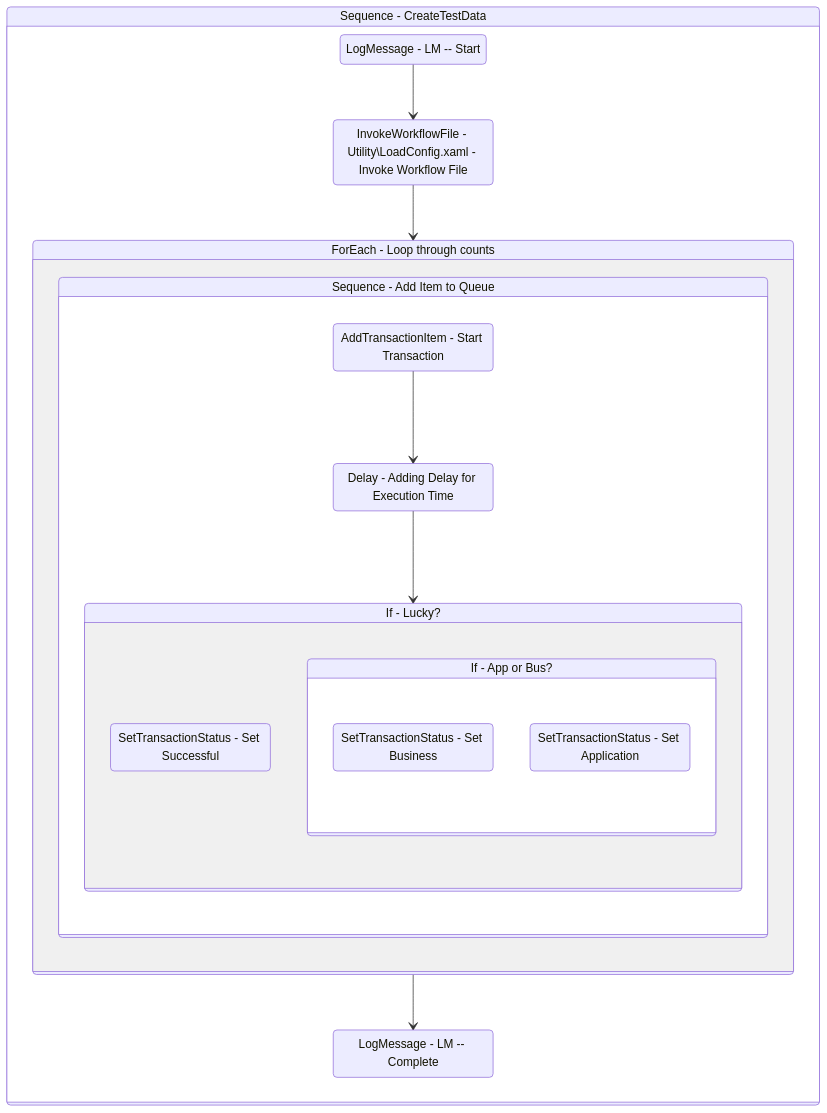
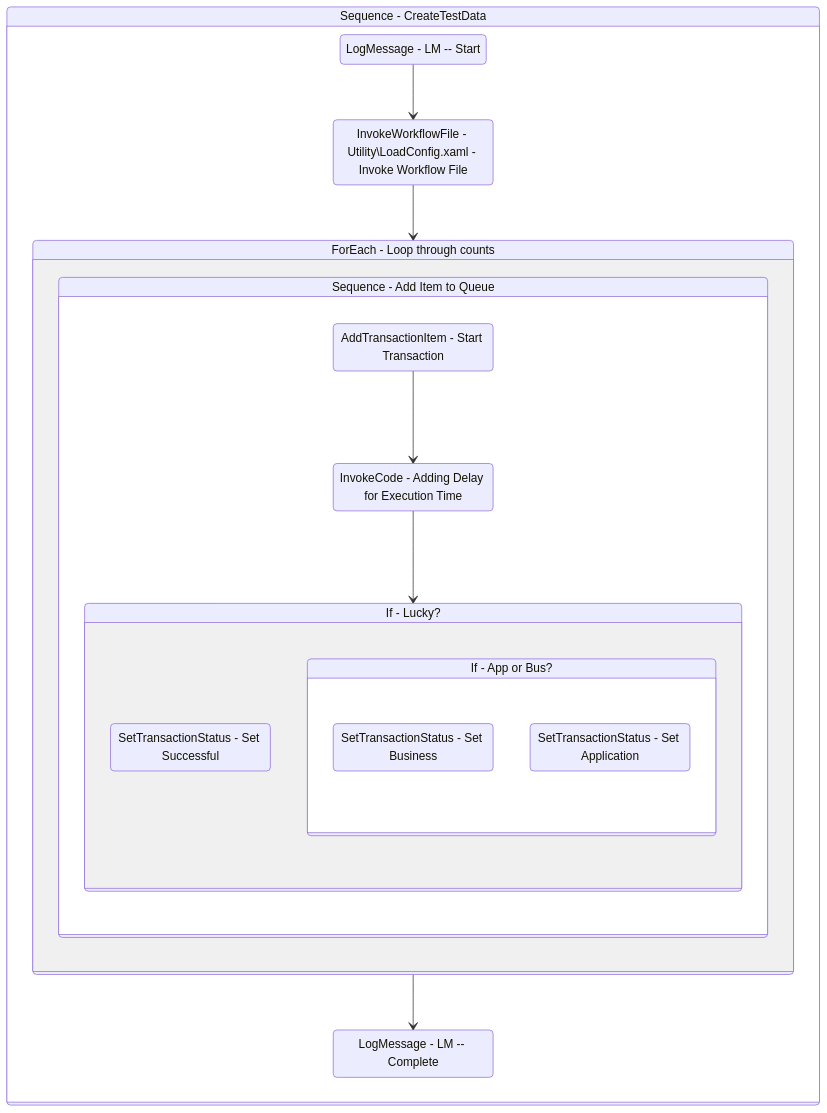
One commit to yashbrahmbhatt/LazyFramework changed the diagram in Documentation/.templates/Reporters/Basic/Tests/CreateTestData.md. Above: the diagram before and after it, drawn with Mermaid. The commit also changed other lines of this file and 58 other files, not shown here.

````diff
--- a/Documentation/.templates/Reporters/Basic/Tests/CreateTestData.md
+++ b/Documentation/.templates/Reporters/Basic/Tests/CreateTestData.md
@@ -124,40 +110,40 @@
 ```mermaid
 stateDiagram-v2
 
 
 Sequence_1: Sequence - CreateTestData
 state Sequence_1 {
 direction TB
 LogMessage_1 : LogMessage - LM -- Start
 InvokeWorkflowFile_1 : InvokeWorkflowFile - Utility\\LoadConfig.xaml - Invoke Workflow File
 LogMessage_1 --> InvokeWorkflowFile_1
 InvokeWorkflowFile_1 --> ForEach1_1
 ForEach1_1: ForEach - Loop through counts
 state ForEach1_1 {
 direction TB
 
 Sequence_2: Sequence - Add Item to Queue
 state Sequence_2 {
 direction TB
 AddTransactionItem_1 : AddTransactionItem - Start Transaction
-Delay_1 : Delay - Adding Delay for Execution Time
-AddTransactionItem_1 --> Delay_1
-Delay_1 --> If_1
+InvokeCode_1 : InvokeCode - Adding Delay for Execution Time
+AddTransactionItem_1 --> InvokeCode_1
+InvokeCode_1 --> If_1
 If_1: If - Lucky?
 state If_1 {
 direction TB
 SetTransactionStatus_1 : SetTransactionStatus - Set Successful
 
 If_2: If - App or Bus?
 state If_2 {
 direction TB
 SetTransactionStatus_3 : SetTransactionStatus - Set Business
 SetTransactionStatus_5 : SetTransactionStatus - Set Application
 }
 }
 }
 }
 LogMessage_2 : LogMessage - LM -- Complete
 ForEach1_1 --> LogMessage_2
 }
 ```
````
